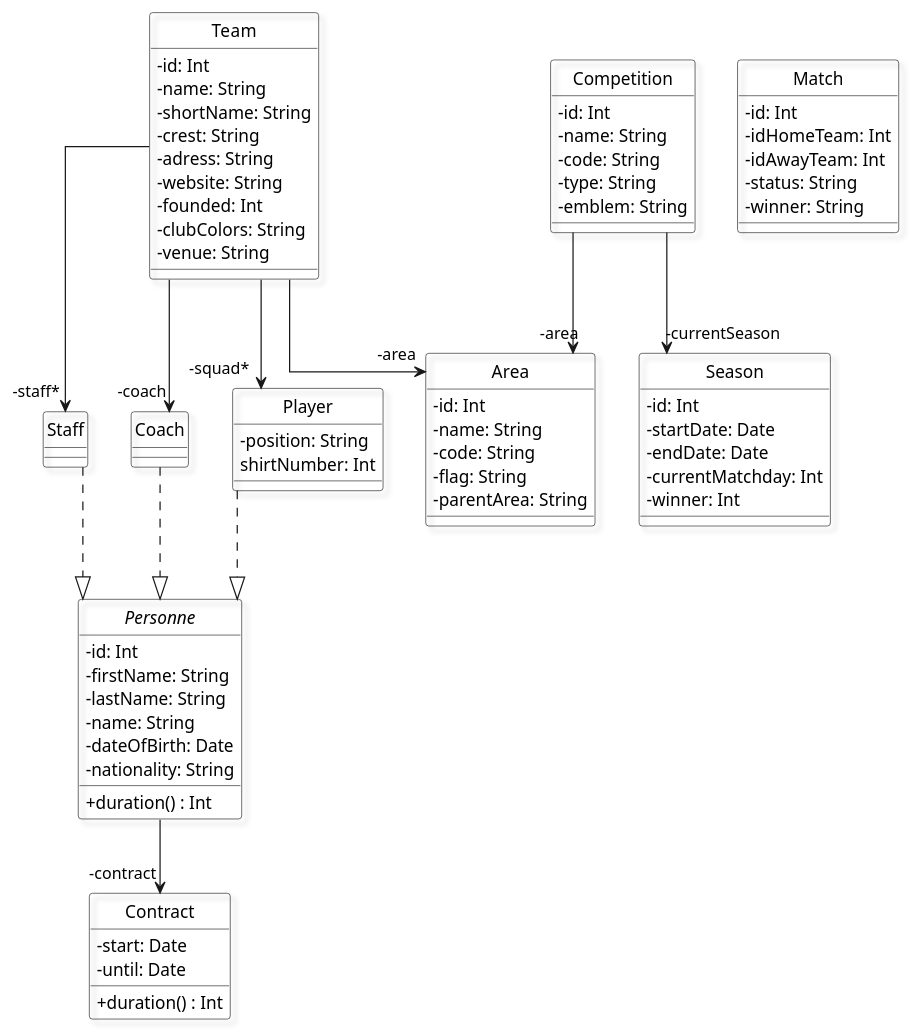
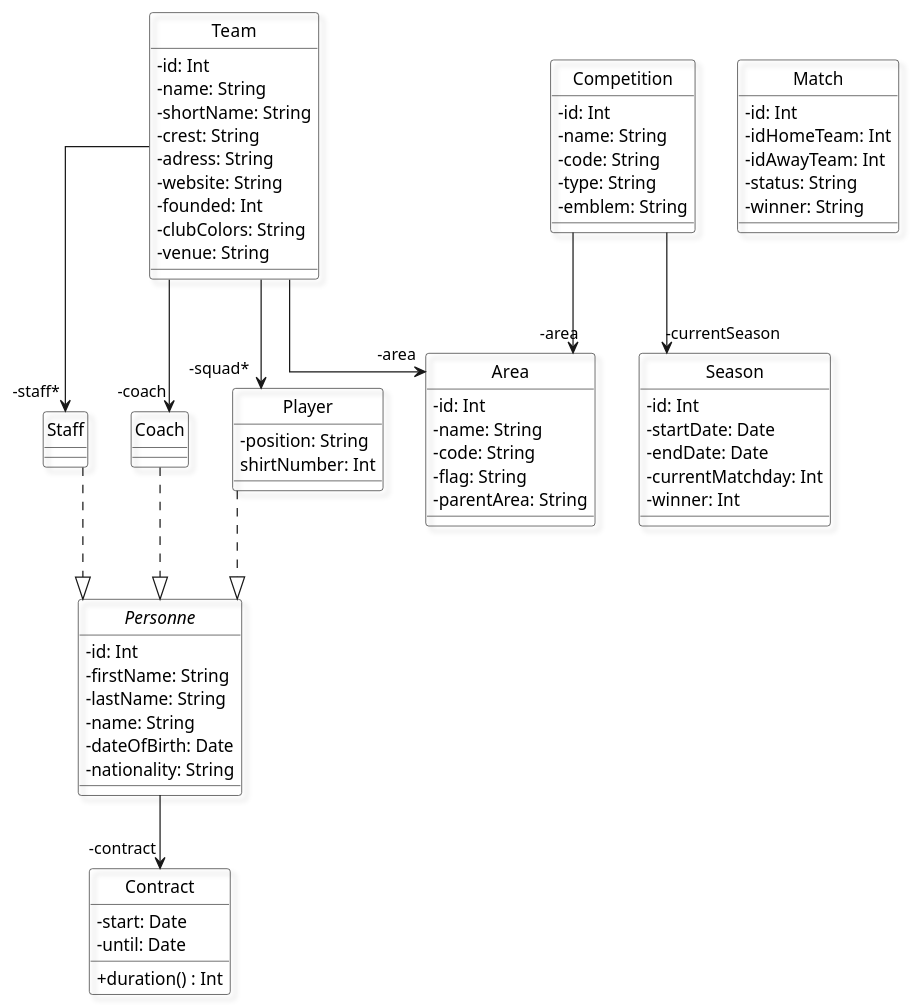
One commit to Emree63/Scor_It changed the first of 2 diagrams in README.md. Above: the diagram before and after it, drawn with PlantUML. The commit also changed other lines of this file, not shown here.

```diff
--- a/README.md
+++ b/README.md
@@ -57,7 +57,6 @@
     -dateOfBirth: Date
     -nationality: String
 
-    +duration() : Int
 }
 
 class Staff {
```
